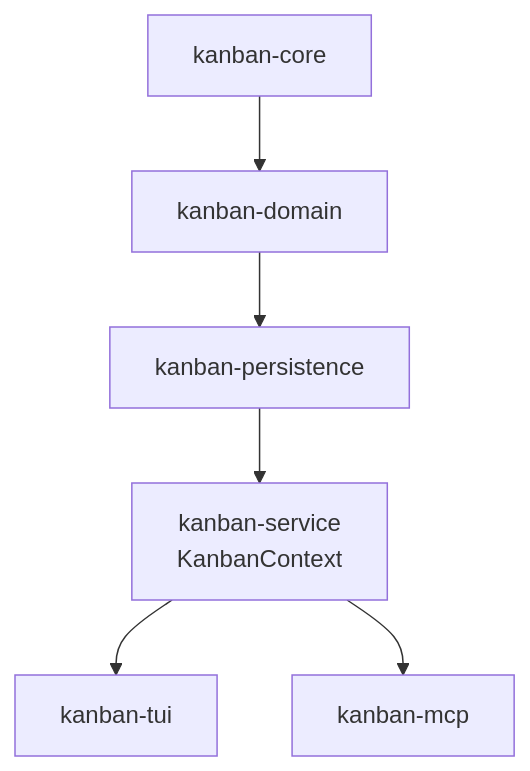
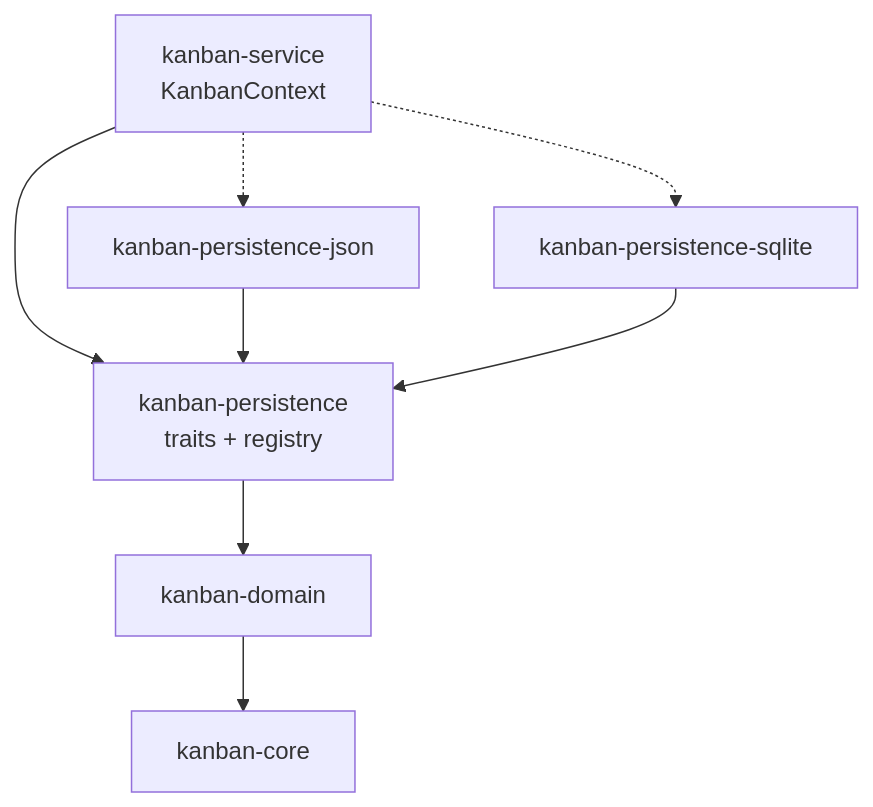
Before and after one commit to fulsomenko/kanban: the diagram in crates/kanban-persistence/README.md, drawn with Mermaid. The commit also changed other lines of this file, not shown here.

First line of the commit message:
docs(persistence): rewrite README as trait abstraction layer

````diff
--- a/crates/kanban-persistence/README.md
+++ b/crates/kanban-persistence/README.md
@@ -69,8 +72,10 @@
 ```mermaid
 flowchart TD
-    CORE[kanban-core] --> DOM[kanban-domain]
-    DOM --> PER[kanban-persistence]
-    PER --> SVC[kanban-service<br/>KanbanContext]
-    SVC --> TUI[kanban-tui]
-    SVC --> MCP[kanban-mcp]
+    SVC[kanban-service<br/>KanbanContext] --> PER[kanban-persistence<br/>traits + registry]
+    SVC -.-> JSON[kanban-persistence-json]
+    SVC -.-> SQL[kanban-persistence-sqlite]
+    JSON --> PER
+    SQL --> PER
+    PER --> DOM[kanban-domain]
+    DOM --> CORE[kanban-core]
 ```
````
